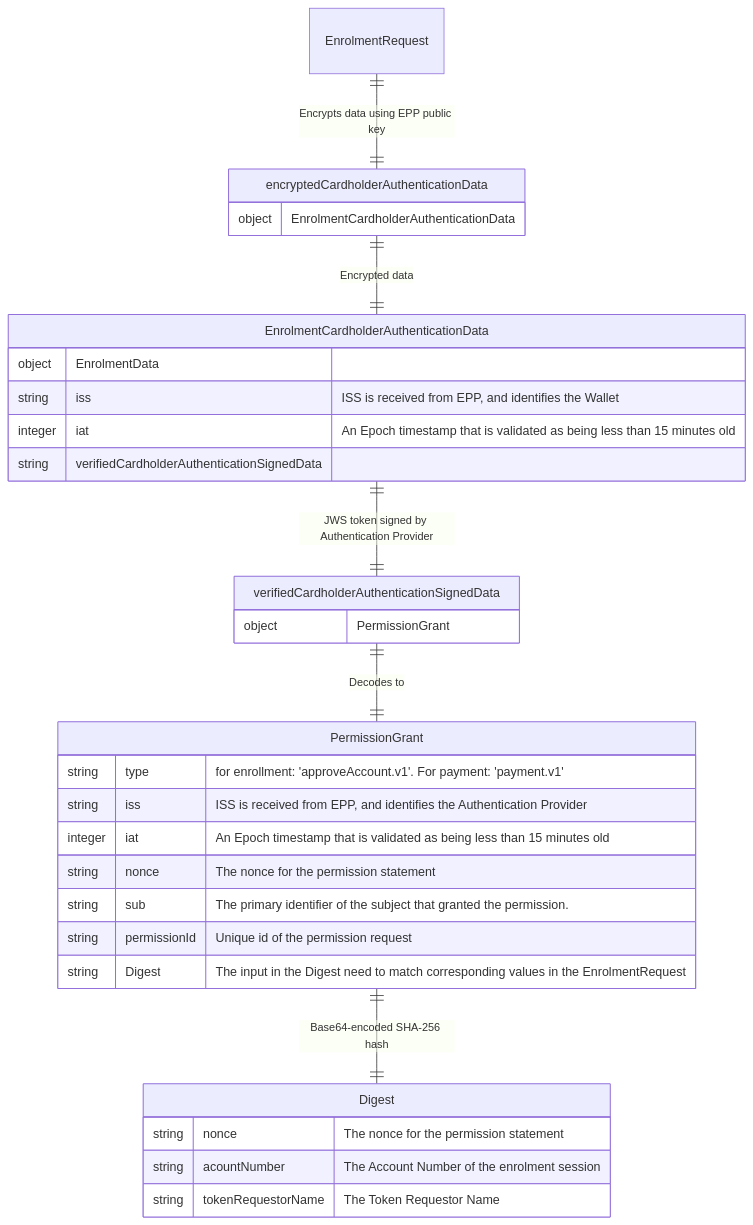
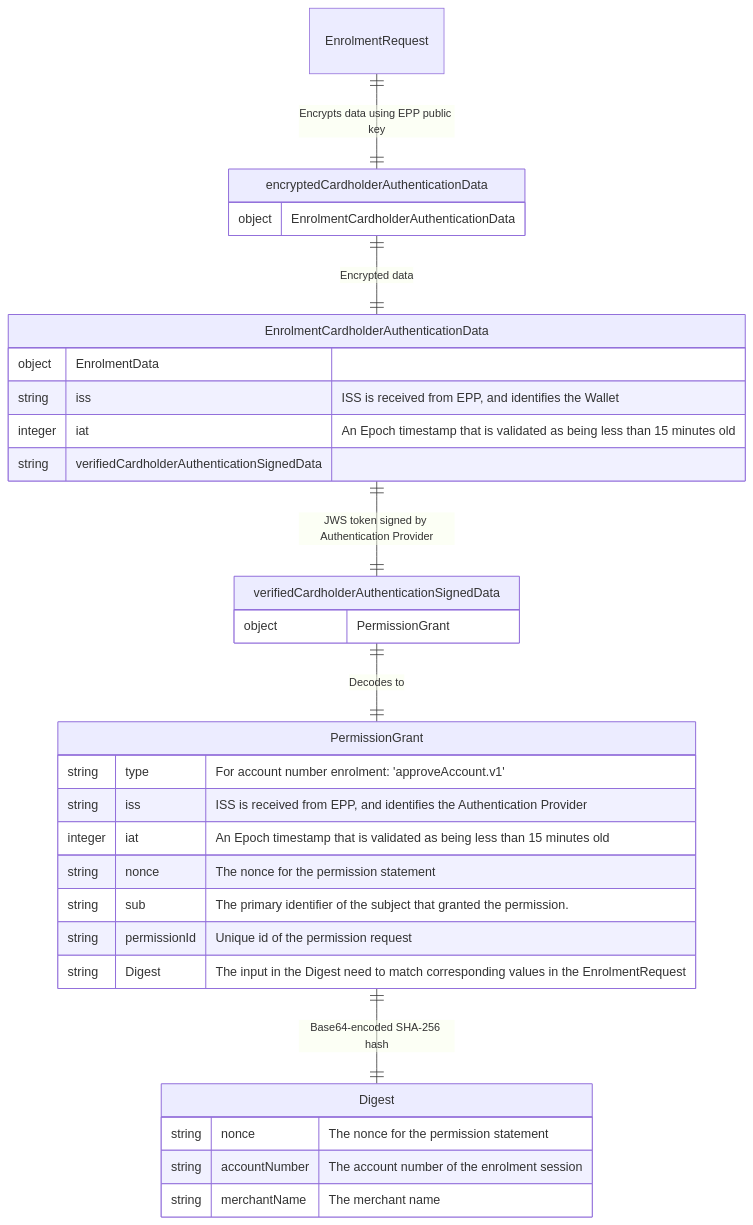
One commit to BankAxept/bankaxept-epayment-development-kit changed the fourth of 7 diagrams in docs/authentication_interoperability.md. Above: the diagram before and after it, drawn with Mermaid. The commit also changed other lines of this file and 2 other files, not shown here.

First line of the commit message:
feat(openapi): add enrolment digest schemas

````diff
--- a/docs/authentication_interoperability.md
+++ b/docs/authentication_interoperability.md
@@ -152,48 +173,48 @@
 ```mermaid
 %%{init: {
   "theme": "default",
   "themeCSS": [
     ".er.relationshipLabel { fill: black; }", 
     ".er.relationshipLabelBox { fill: white; }", 
     ".er.entityBox { fill: lightgray; }",
     "[id^=entity-EnrolmentRequest] .er.entityBox { fill: lightgreen;} ",
     "[id^=entity-encryptedEnrolmentCardholderAuthenticationData] .er.entityBox { fill: lightgreen;} ",
     "[id^=entity-EnrolmentCardholderAuthenticationData] .er.entityBox { fill: lightgreen;} ",
     "[id^=entity-verifiedCardholderAuthenticationSignedData] .er.entityBox { fill: powderblue;} ",
     "[id^=entity-PermissionGrant] .er.entityBox { fill: powderblue;} ",
     "[id^=entity-Digest] .er.entityBox { fill: powderblue;} "
     ]
 }}%%
 erDiagram
     EnrolmentRequest ||--|| encryptedCardholderAuthenticationData: "Encrypts data using EPP public key"
     encryptedCardholderAuthenticationData {
         object EnrolmentCardholderAuthenticationData
     }
     encryptedCardholderAuthenticationData ||--|| EnrolmentCardholderAuthenticationData: "Encrypted data"
     EnrolmentCardholderAuthenticationData ||--|| verifiedCardholderAuthenticationSignedData: "JWS token signed by Authentication Provider"
     EnrolmentCardholderAuthenticationData {
         object EnrolmentData
         string iss "ISS is received from EPP, and identifies the Wallet"
         integer iat "An Epoch timestamp that is validated as being less than 15 minutes old"
         string verifiedCardholderAuthenticationSignedData
     }
     verifiedCardholderAuthenticationSignedData {
         object PermissionGrant
     }
     verifiedCardholderAuthenticationSignedData ||--|| PermissionGrant: "Decodes to"
     PermissionGrant ||--|| Digest: "Base64-encoded SHA-256 hash"
     PermissionGrant {
-        string type "for enrollment: 'approveAccount.v1'. For payment: 'payment.v1'"
+        string type "For account number enrolment: 'approveAccount.v1'"
         string iss "ISS is received from EPP, and identifies the Authentication Provider"
         integer iat "An Epoch timestamp that is validated as being less than 15 minutes old"
         string nonce "The nonce for the permission statement"
         string sub "The primary identifier of the subject that granted the permission."
         string permissionId "Unique id of the permission request"
         string Digest "The input in the Digest need to match corresponding values in the EnrolmentRequest"
     }
     Digest {
         string nonce "The nonce for the permission statement"
-        string acountNumber "The Account Number of the enrolment session"
-        string tokenRequestorName "The Token Requestor Name"
+        string accountNumber "The account number of the enrolment session"
+        string merchantName "The merchant name"
     }
 ```
````
